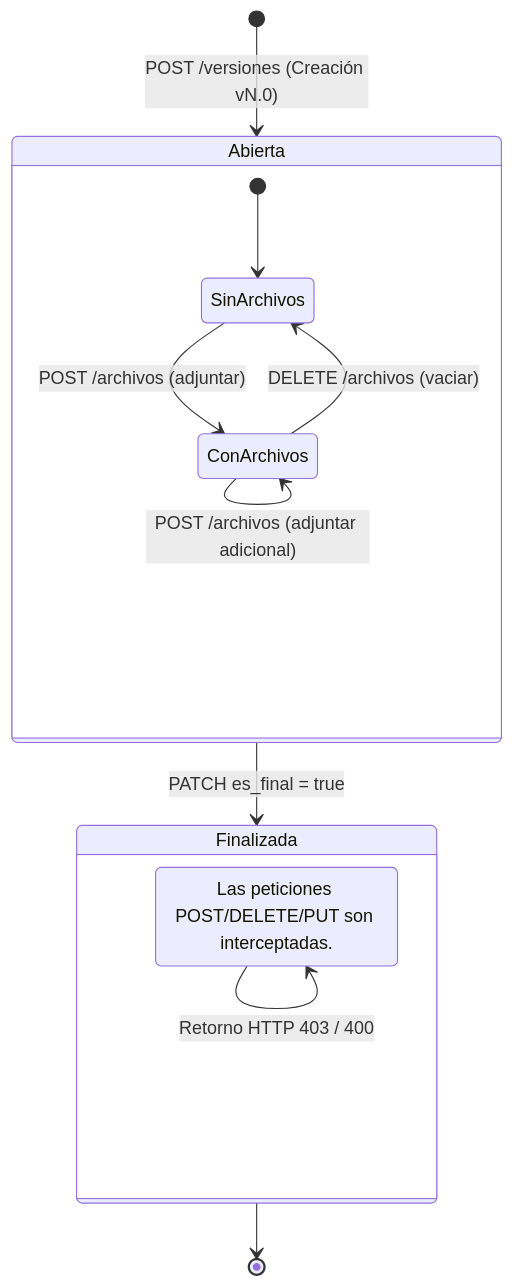
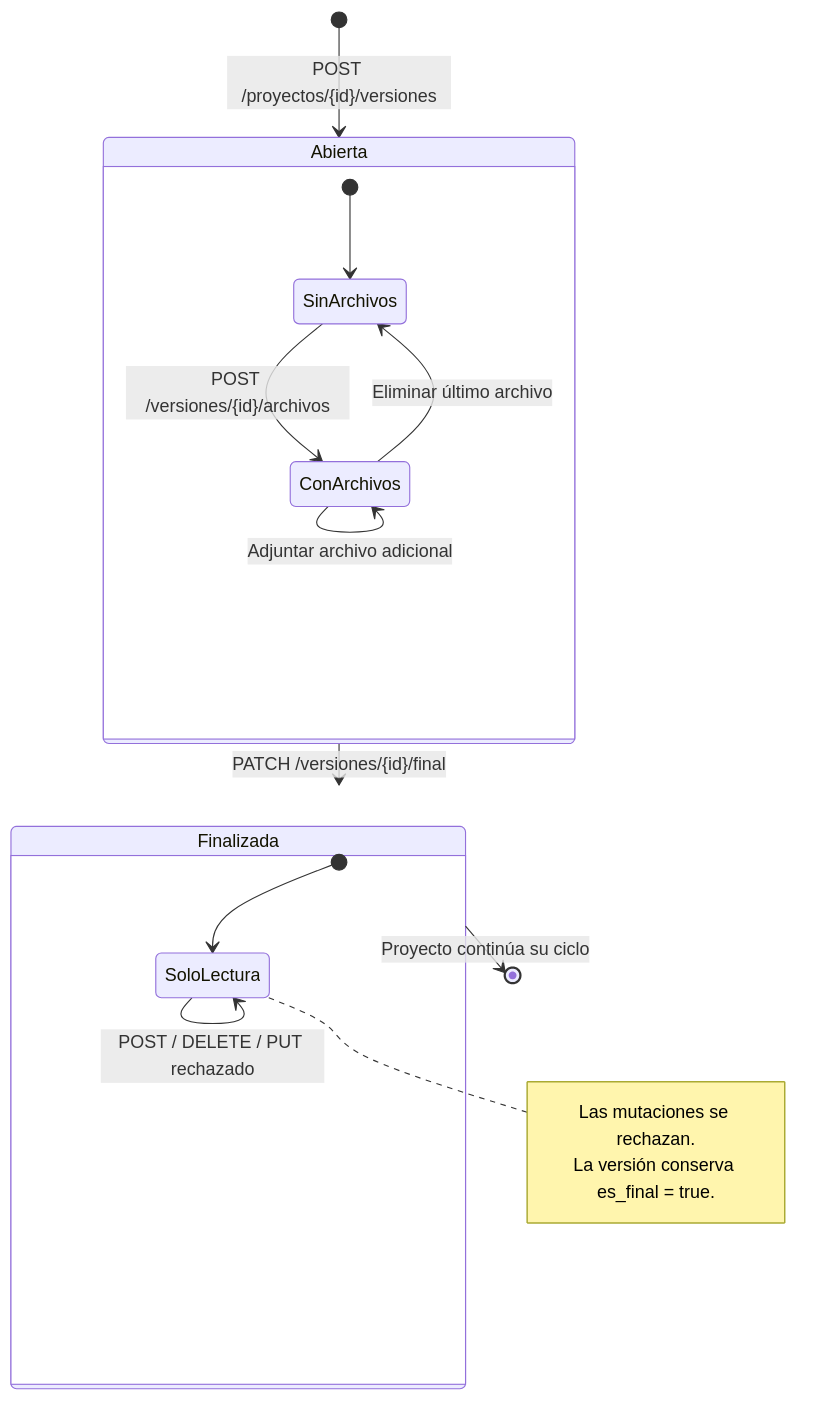
Before and after one commit to Caren3249p/Proyectos-integradores: the diagram in diagrams/estados_version.mmd, drawn with Mermaid. The commit also changed 27 other files, not shown here.

```diff
--- a/diagrams/estados_version.mmd
+++ b/diagrams/estados_version.mmd
@@ -1,18 +1,23 @@
 stateDiagram-v2
-  [*] --> Abierta : POST /versiones (Creación vN.0)
-  
+  [*] --> Abierta : POST /proyectos/{id}/versiones
+
   state Abierta {
     [*] --> SinArchivos
-    SinArchivos --> ConArchivos : POST /archivos (adjuntar)
-    ConArchivos --> ConArchivos : POST /archivos (adjuntar adicional)
-    ConArchivos --> SinArchivos : DELETE /archivos (vaciar)
+    SinArchivos --> ConArchivos : POST /versiones/{id}/archivos
+    ConArchivos --> ConArchivos : Adjuntar archivo adicional
+    ConArchivos --> SinArchivos : Eliminar último archivo
   }
-  
-  Abierta --> Finalizada : PATCH es_final = true
-  
+
+  Abierta --> Finalizada : PATCH /versiones/{id}/final
+
   state Finalizada {
-    BloqueoMutacion : Las peticiones POST/DELETE/PUT son interceptadas.
-    BloqueoMutacion --> BloqueoMutacion : Retorno HTTP 403 / 400
+    [*] --> SoloLectura
+    SoloLectura --> SoloLectura : GET /versiones/{id}
+    SoloLectura --> SoloLectura : POST / DELETE / PUT rechazado
+    note right of SoloLectura
+      Las mutaciones se rechazan.
+      La versión conserva es_final = true.
+    end note
   }
-  
-  Finalizada --> [*]
+
+  Finalizada --> [*] : Proyecto continúa su ciclo
```
